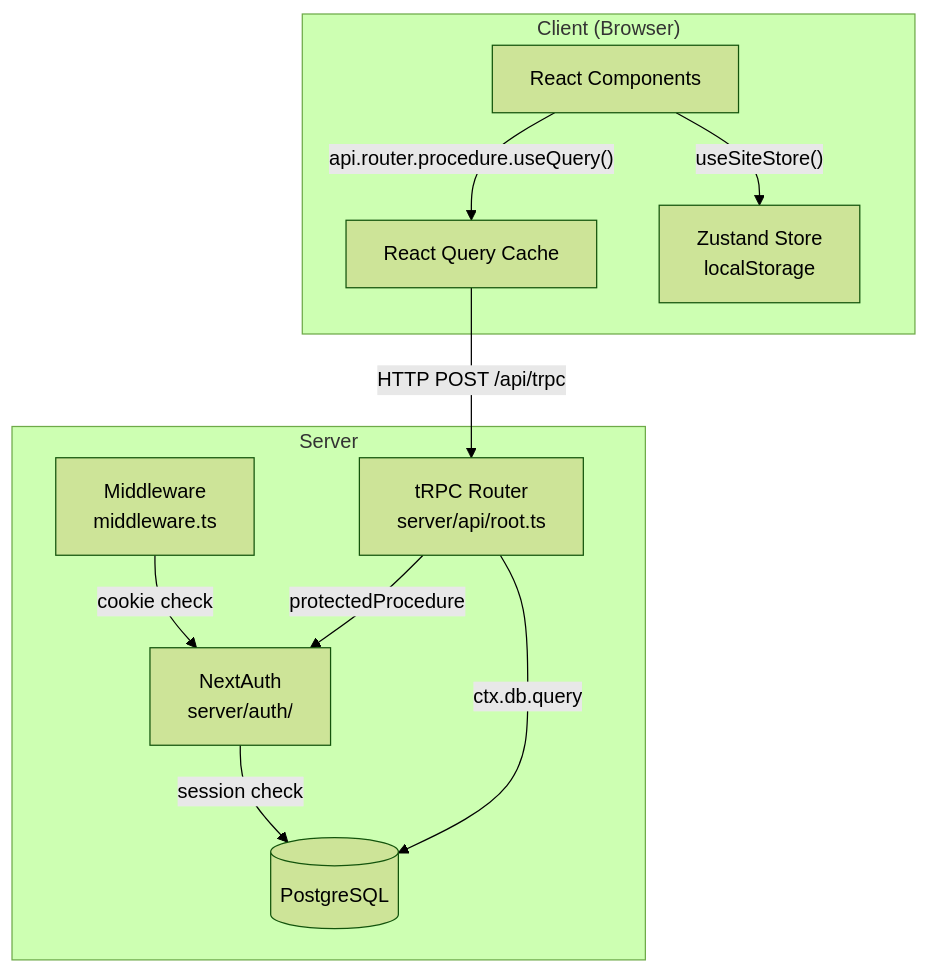
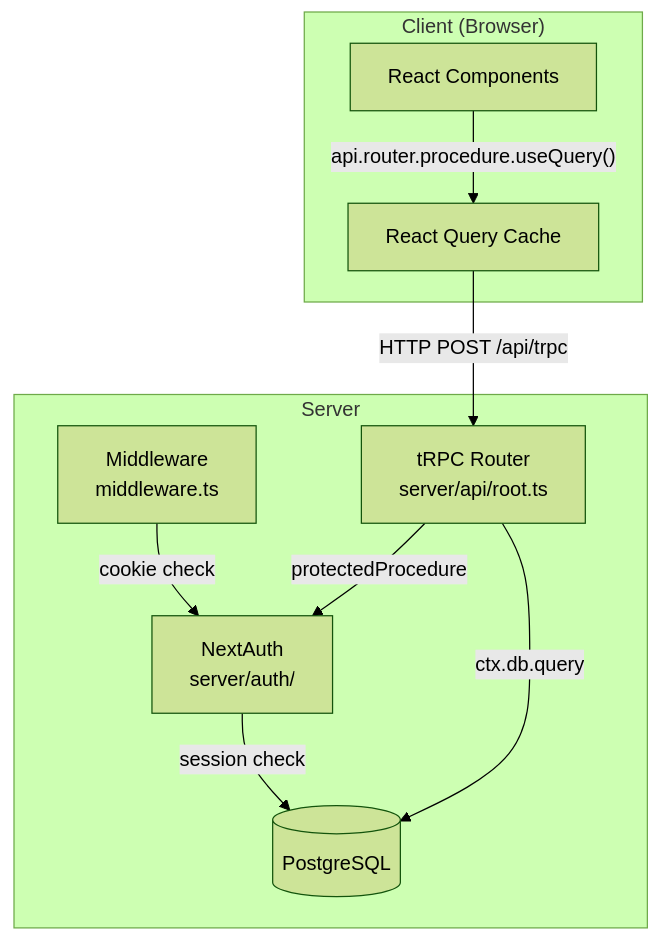
One commit to prop-intel/propintel changed the second of 4 diagrams in .docs/frontend-architecture.md. Above: the diagram before and after it, drawn with Mermaid (forest theme). The commit also changed other lines of this file and 5 other files, not shown here.

````diff
--- a/.docs/frontend-architecture.md
+++ b/.docs/frontend-architecture.md
@@ -113,24 +144,22 @@
 ```mermaid
 flowchart TB
     subgraph Client["Client (Browser)"]
         RC[React Components]
         RQ[React Query Cache]
-        ZS[Zustand Store<br/>localStorage]
     end
 
     subgraph Server["Server"]
         MW[Middleware<br/>middleware.ts]
         TR[tRPC Router<br/>server/api/root.ts]
         NA[NextAuth<br/>server/auth/]
         DB[(PostgreSQL)]
     end
 
     RC -->|"api.router.procedure.useQuery()"| RQ
     RQ -->|"HTTP POST /api/trpc"| TR
     TR -->|"protectedProcedure"| NA
     NA -->|"session check"| DB
     TR -->|"ctx.db.query"| DB
 
-    RC -->|"useSiteStore()"| ZS
     MW -->|"cookie check"| NA
 ```
````
